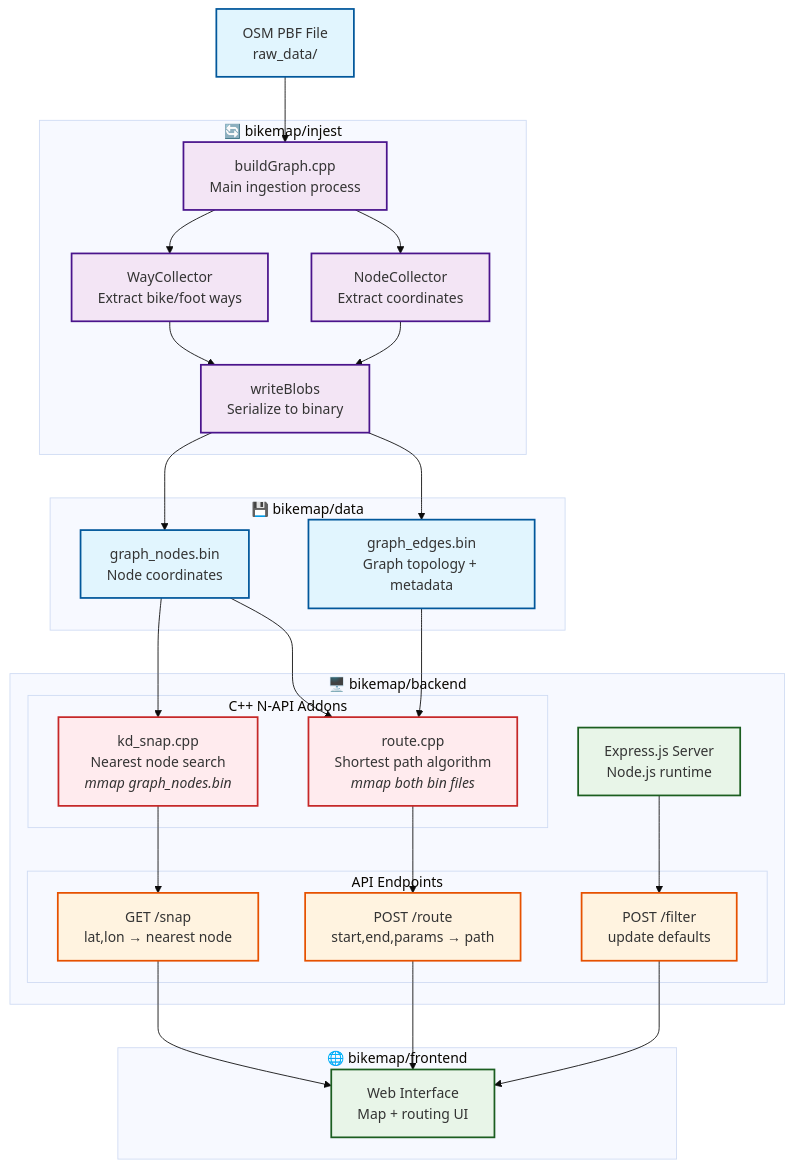
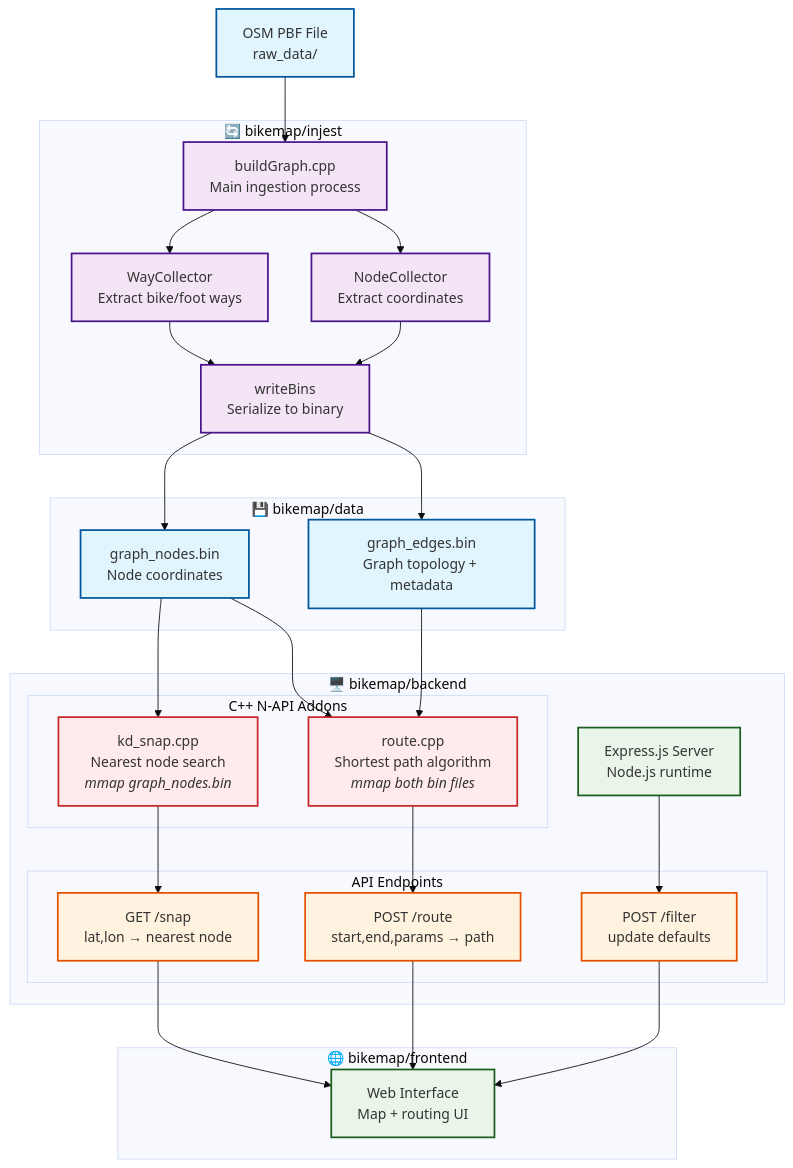
The diagram in README.md (wsdonnelly/Bike-Helsinki), drawn with Mermaid (base theme) before and after one commit. The commit also changed other lines of this file, not shown here.

````diff
--- a/README.md
+++ b/README.md
@@ -5,76 +5,76 @@
 ```mermaid
 flowchart TD
     %% Data Sources
     OSM[OSM PBF File<br/>raw_data/]
 
     %% Ingestion Process
     subgraph INGEST [" 🔄 bikemap/injest "]
         BUILD[buildGraph.cpp<br/>Main ingestion process]
         WAY[WayCollector<br/>Extract bike/foot ways]
         NODE[NodeCollector<br/>Extract coordinates]
-        WRITE[writeBlobs<br/>Serialize to binary]
+        WRITE[writeBins<br/>Serialize to binary]
     end
 
     %% Generated Data
     subgraph DATA [" 💾 bikemap/data "]
         NODES[graph_nodes.bin<br/>Node coordinates]
         EDGES[graph_edges.bin<br/>Graph topology + metadata]
     end
 
     %% Backend
     subgraph BACKEND [" 🖥️ bikemap/backend "]
         EXPRESS[Express.js Server<br/>Node.js runtime]
 
         subgraph ADDONS [" C++ N-API Addons "]
             KDSNAP[kd_snap.cpp<br/>Nearest node search<br/><em>mmap graph_nodes.bin</em>]
             ROUTE[route.cpp<br/>Shortest path algorithm<br/><em>mmap both bin files</em>]
         end
 
         subgraph ENDPOINTS [" API Endpoints "]
             SNAP_EP[GET /snap<br/>lat,lon → nearest node]
             ROUTE_EP[POST /route<br/>start,end,params → path]
             FILTER_EP[POST /filter<br/>update defaults]
         end
     end
 
     %% Frontend (placeholder)
     subgraph FRONTEND [" 🌐 bikemap/frontend "]
         UI[Web Interface<br/>Map + routing UI]
     end
 
     %% Flow connections - Ingestion
     OSM --> BUILD
     BUILD --> WAY
     BUILD --> NODE
     WAY --> WRITE
     NODE --> WRITE
     WRITE --> NODES
     WRITE --> EDGES
 
     %% Flow connections - Backend
     NODES --> KDSNAP
     NODES --> ROUTE
     EDGES --> ROUTE
 
     KDSNAP --> SNAP_EP
     ROUTE --> ROUTE_EP
     EXPRESS --> FILTER_EP
 
     %% Flow connections - API
     SNAP_EP --> UI
     ROUTE_EP --> UI
     FILTER_EP --> UI
 
     %% Styling
     classDef dataFile fill:#e1f5fe,stroke:#01579b,stroke-width:2px
     classDef process fill:#f3e5f5,stroke:#4a148c,stroke-width:2px
     classDef service fill:#e8f5e8,stroke:#1b5e20,stroke-width:2px
     classDef api fill:#fff3e0,stroke:#e65100,stroke-width:2px
     classDef cpp fill:#ffebee,stroke:#c62828,stroke-width:2px
 
     class OSM,NODES,EDGES dataFile
     class BUILD,WAY,NODE,WRITE process
     class EXPRESS,UI service
     class SNAP_EP,ROUTE_EP,FILTER_EP api
     class KDSNAP,ROUTE cpp
 ```
````
